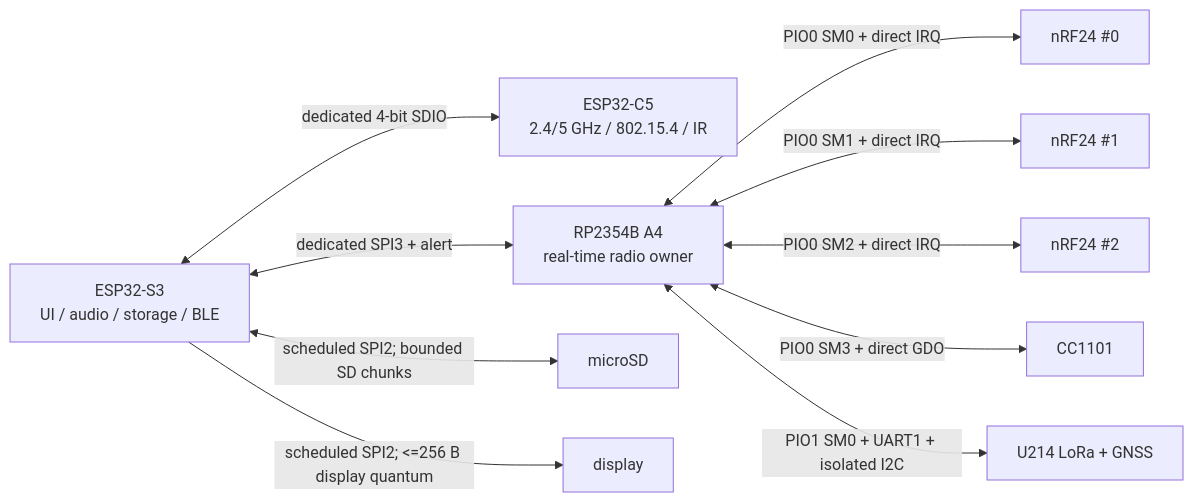
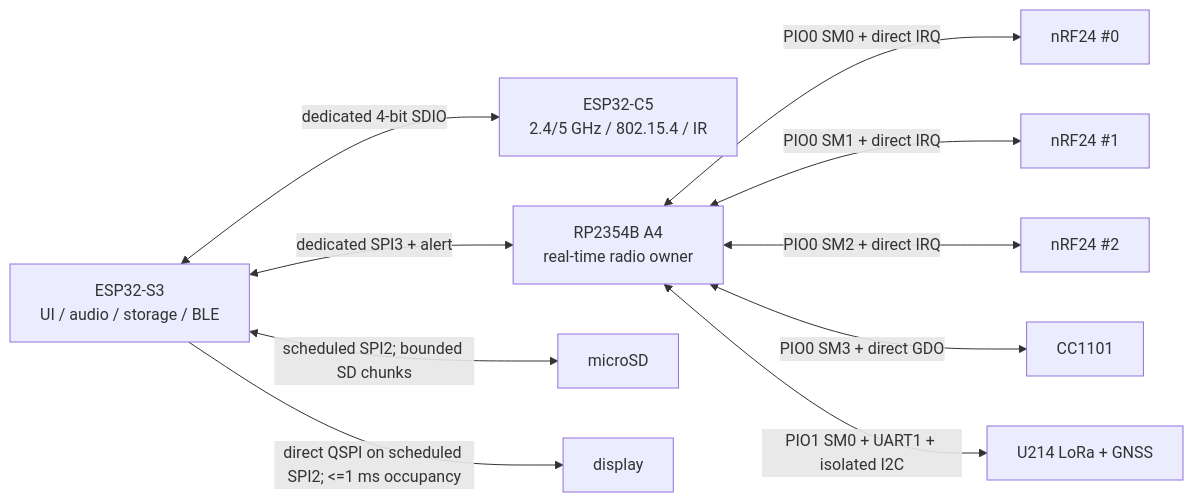
Before and after one commit to anton-vinogradov/esp32-leshy2: the diagram in docs/review/architecture/NIF-0001-digital-noninterference-layout.md, drawn with Mermaid. The commit also changed other lines of this file and 28 other files, not shown here.

Commit message:
docs: accept QSPI display path and review screens

````diff
--- a/docs/review/architecture/NIF-0001-digital-noninterference-layout.md
+++ b/docs/review/architecture/NIF-0001-digital-noninterference-layout.md
@@ -36,23 +38,23 @@
 ```mermaid
 flowchart LR
   S3["ESP32-S3\nUI / audio / storage / BLE"]
   C5["ESP32-C5\n2.4/5 GHz / 802.15.4 / IR"]
   RP["RP2354B A4\nreal-time radio owner"]
   SD["microSD"]
   LCD["display"]
   NRF0["nRF24 #0"]
   NRF1["nRF24 #1"]
   NRF2["nRF24 #2"]
   CC["CC1101"]
   U214["U214 LoRa + GNSS"]
 
   S3 <-->|"dedicated 4-bit SDIO"| C5
   S3 <-->|"dedicated SPI3 + alert"| RP
-  S3 -->|"scheduled SPI2; <=256 B display quantum"| LCD
+  S3 -->|"direct QSPI on scheduled SPI2; <=1 ms occupancy"| LCD
   S3 <-->|"scheduled SPI2; bounded SD chunks"| SD
   RP <-->|"PIO0 SM0 + direct IRQ"| NRF0
   RP <-->|"PIO0 SM1 + direct IRQ"| NRF1
   RP <-->|"PIO0 SM2 + direct IRQ"| NRF2
   RP <-->|"PIO0 SM3 + direct GDO"| CC
   RP <-->|"PIO1 SM0 + UART1 + isolated I2C"| U214
 ```
````
